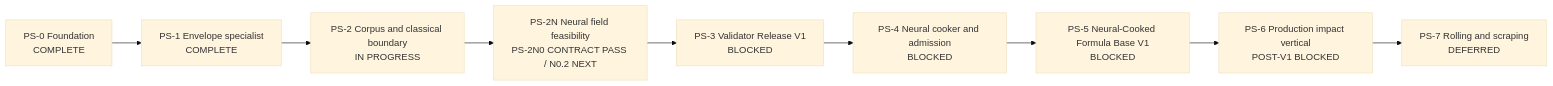
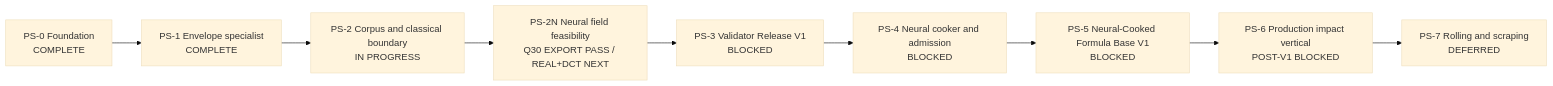
Before and after one commit to kaifaty/NextEngine: the diagram in docs/plans/physical-sound-synthesis-roadmap.md, drawn with Mermaid (base theme). The commit also changed other lines of this file and 10 other files, not shown here.

````diff
--- a/docs/plans/physical-sound-synthesis-roadmap.md
+++ b/docs/plans/physical-sound-synthesis-roadmap.md
@@ -118,11 +118,11 @@
 ```mermaid
 flowchart LR
     PS0["PS-0 Foundation<br/>COMPLETE"] --> PS1["PS-1 Envelope specialist<br/>COMPLETE"]
     PS1 --> PS2["PS-2 Corpus and classical boundary<br/>IN PROGRESS"]
-    PS2 --> PS2N["PS-2N Neural field feasibility<br/>PS-2N0 CONTRACT PASS / N0.2 NEXT"]
+    PS2 --> PS2N["PS-2N Neural field feasibility<br/>Q30 EXPORT PASS / REAL+DCT NEXT"]
     PS2N --> PS3["PS-3 Validator Release V1<br/>BLOCKED"]
     PS3 --> PS4["PS-4 Neural cooker and admission<br/>BLOCKED"]
     PS4 --> PS5["PS-5 Neural-Cooked Formula Base V1<br/>BLOCKED"]
     PS5 --> PS6["PS-6 Production impact vertical<br/>POST-V1 BLOCKED"]
     PS6 --> PS7["PS-7 Rolling and scraping<br/>DEFERRED"]
 ```
````
